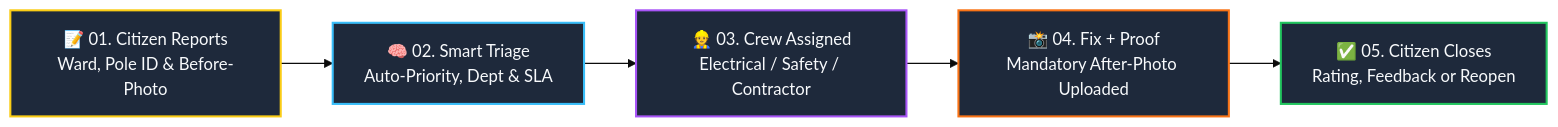
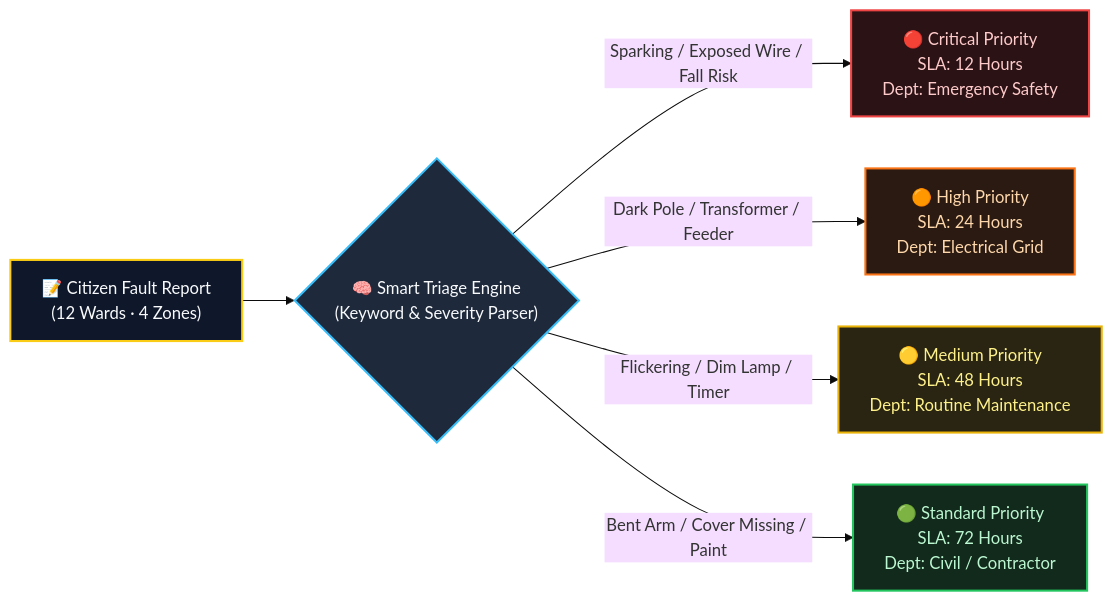
Before and after one commit to Sudharshan-Y/Streetlight-Fault-Reporting-System: the second of 3 diagrams in README.md, drawn with Mermaid (base theme). The commit also changed other lines of this file, not shown here.

````diff
--- a/README.md
+++ b/README.md
@@ -59,13 +96,16 @@
 ```mermaid
 flowchart LR
-    A["📝 01. Citizen Reports<br/>Ward, Pole ID & Before-Photo"] --> B["🧠 02. Smart Triage<br/>Auto-Priority, Dept & SLA"]
-    B --> C["👷 03. Crew Assigned<br/>Electrical / Safety / Contractor"]
-    C --> D["📸 04. Fix + Proof<br/>Mandatory After-Photo Uploaded"]
-    D --> E["✅ 05. Citizen Closes<br/>Rating, Feedback or Reopen"]
+    Input["📝 Citizen Fault Report<br/>(12 Wards · 4 Zones)"] --> Engine{"🧠 Smart Triage Engine<br/>(Keyword & Severity Parser)"}
 
-    style A fill:#1e293b,stroke:#facc15,stroke-width:2px,color:#f8fafc
-    style B fill:#1e293b,stroke:#38bdf8,stroke-width:2px,color:#f8fafc
-    style C fill:#1e293b,stroke:#a855f7,stroke-width:2px,color:#f8fafc
-    style D fill:#1e293b,stroke:#f97316,stroke-width:2px,color:#f8fafc
-    style E fill:#1e293b,stroke:#22c55e,stroke-width:2px,color:#f8fafc
+    Engine -->|"Sparking / Exposed Wire / Fall Risk"| P1["🔴 Critical Priority<br/>SLA: 12 Hours<br/>Dept: Emergency Safety"]
+    Engine -->|"Dark Pole / Transformer / Feeder"| P2["🟠 High Priority<br/>SLA: 24 Hours<br/>Dept: Electrical Grid"]
+    Engine -->|"Flickering / Dim Lamp / Timer"| P3["🟡 Medium Priority<br/>SLA: 48 Hours<br/>Dept: Routine Maintenance"]
+    Engine -->|"Bent Arm / Cover Missing / Paint"| P4["🟢 Standard Priority<br/>SLA: 72 Hours<br/>Dept: Civil / Contractor"]
+
+    style Input fill:#0f172a,stroke:#facc15,stroke-width:2px,color:#f8fafc
+    style Engine fill:#1e293b,stroke:#38bdf8,stroke-width:2px,color:#f8fafc
+    style P1 fill:#2a1215,stroke:#ef4444,stroke-width:2px,color:#fecaca
+    style P2 fill:#2a1a12,stroke:#f97316,stroke-width:2px,color:#fed7aa
+    style P3 fill:#292512,stroke:#eab308,stroke-width:2px,color:#fef08a
+    style P4 fill:#122a1c,stroke:#22c55e,stroke-width:2px,color:#bbf7d0
 ```
````
